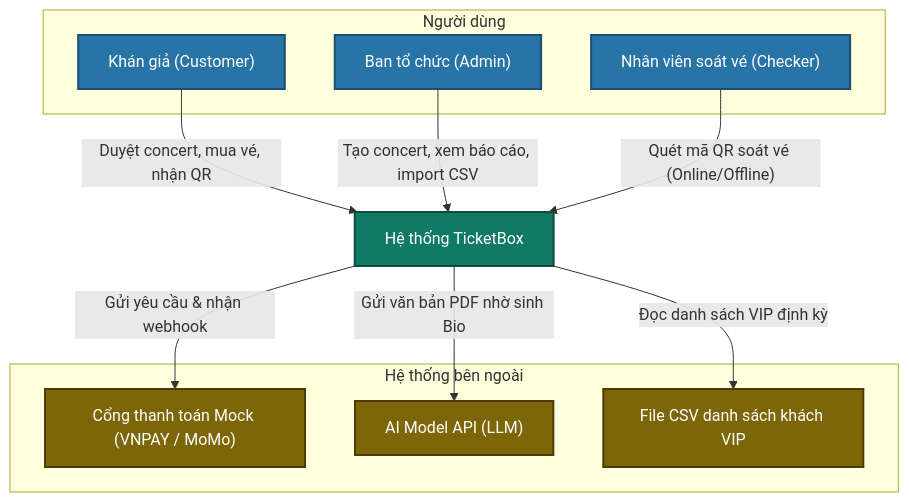
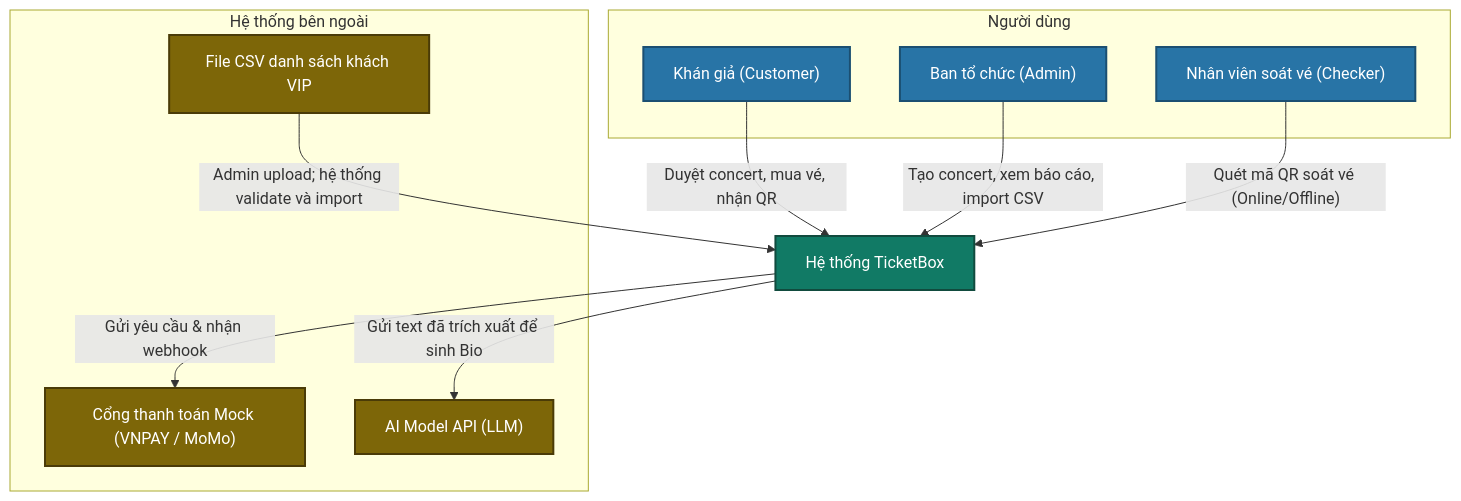
Before and after one commit to pogdepZ/TicketBox: the first of 4 diagrams in blueprint/design.md, drawn with Mermaid. The commit also changed other lines of this file, not shown here.

````diff
--- a/blueprint/design.md
+++ b/blueprint/design.md
@@ -25,31 +25,31 @@
 ```mermaid
 graph TB
     subgraph Users ["Người dùng"]
         Customer["Khán giả (Customer)"]
         Admin["Ban tổ chức (Admin)"]
         Checker["Nhân viên soát vé (Checker)"]
     end
 
     subgraph ExternalSystems ["Hệ thống bên ngoài"]
         PaymentGateway["Cổng thanh toán Mock (VNPAY / MoMo)"]
         AIModel["AI Model API (LLM)"]
         CSVFile["File CSV danh sách khách VIP"]
     end
 
     TicketBoxSystem["Hệ thống TicketBox"]
 
     Customer -->|"Duyệt concert, mua vé, nhận QR"| TicketBoxSystem
     Admin -->|"Tạo concert, xem báo cáo, import CSV"| TicketBoxSystem
     Checker -->|"Quét mã QR soát vé (Online/Offline)"| TicketBoxSystem
 
     TicketBoxSystem -->|"Gửi yêu cầu & nhận webhook"| PaymentGateway
-    TicketBoxSystem -->|"Gửi văn bản PDF nhờ sinh Bio"| AIModel
-    TicketBoxSystem -->|"Đọc danh sách VIP định kỳ"| CSVFile
+    TicketBoxSystem -->|"Gửi text đã trích xuất để sinh Bio"| AIModel
+    CSVFile -->|"Admin upload; hệ thống validate và import"| TicketBoxSystem
 
     classDef system fill:#117A65,stroke:#114B3E,stroke-width:2px,color:#fff;
     classDef actor fill:#2874A6,stroke:#1B4F72,stroke-width:2px,color:#fff;
     classDef external fill:#7D6608,stroke:#4A3B07,stroke-width:2px,color:#fff;
     class TicketBoxSystem system;
     class Customer,Admin,Checker actor;
     class PaymentGateway,AIModel,CSVFile external;
 ```
````
